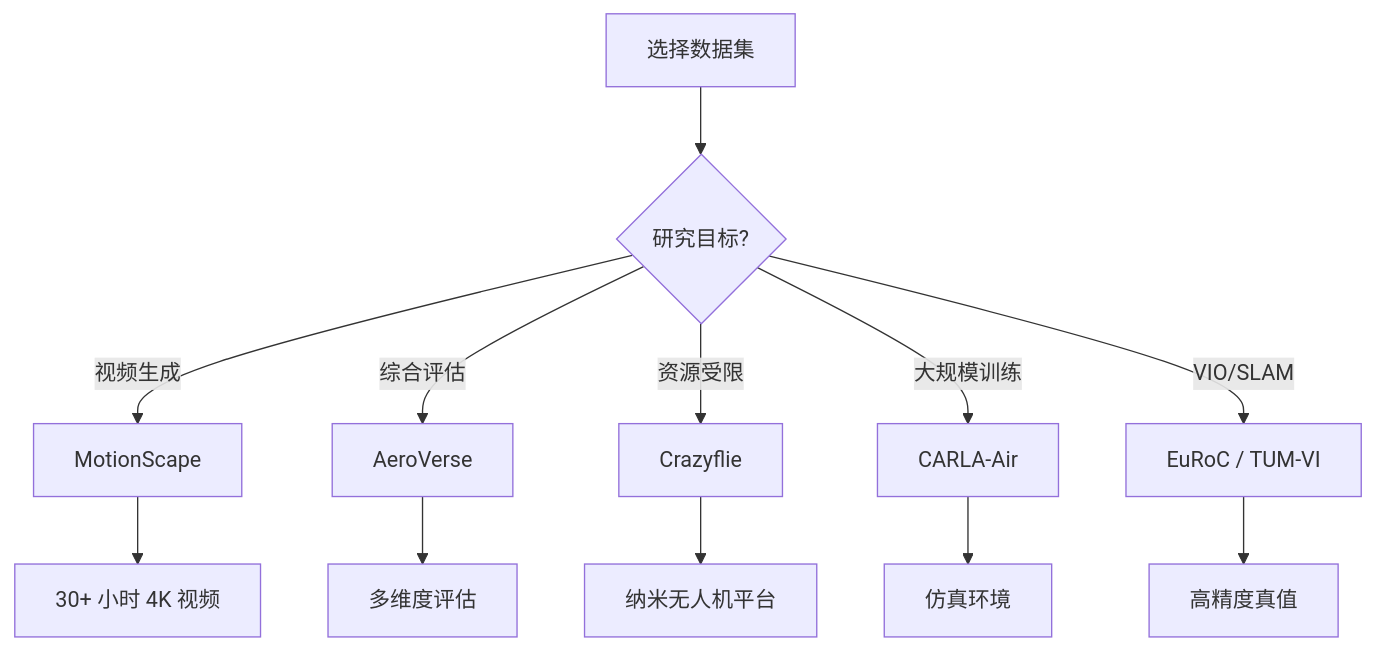
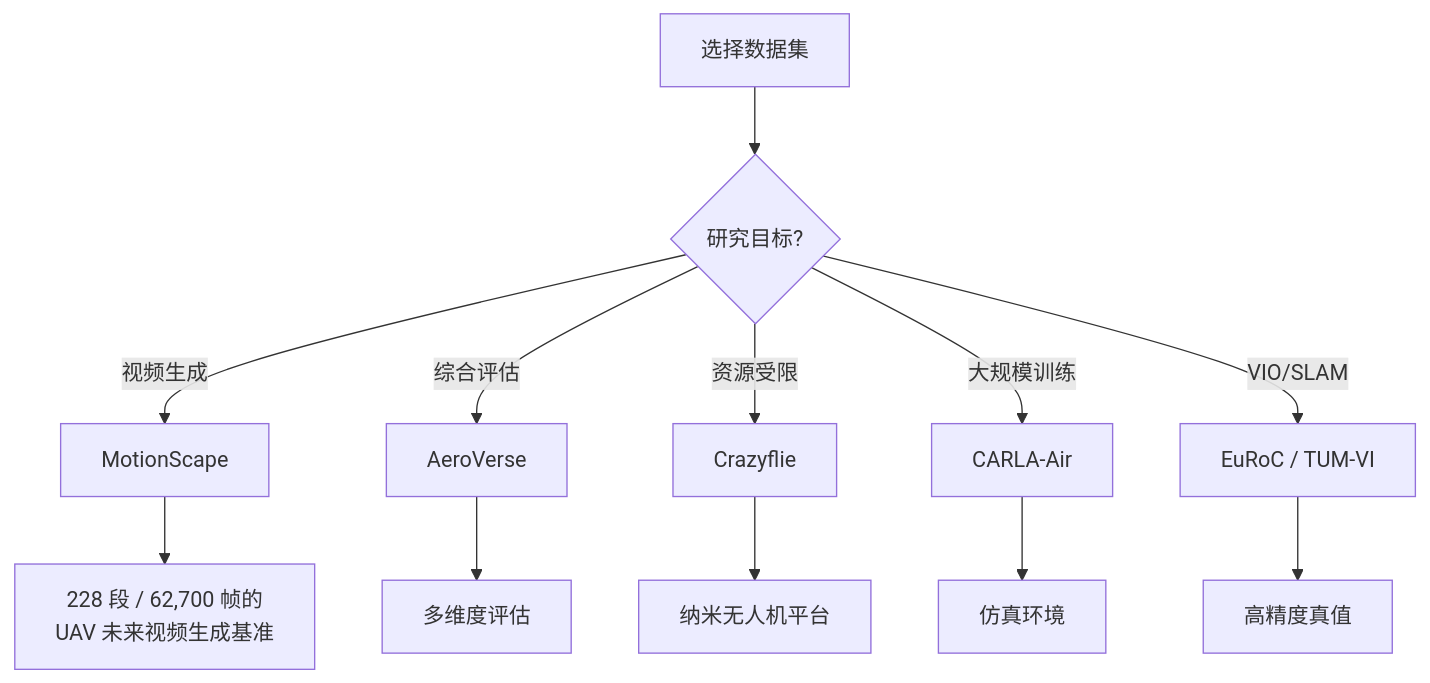
One commit to Qxy661/UAV-WM-VLA-Learning changed the sixth of 7 diagrams in docs/02-世界模型专题/06-关键数据集与基准.md. Above: the diagram before and after it, drawn with Mermaid. The commit also changed other lines of this file and 53 other files, not shown here.

````diff
--- a/docs/02-世界模型专题/06-关键数据集与基准.md
+++ b/docs/02-世界模型专题/06-关键数据集与基准.md
@@ -328,16 +312,16 @@
 ```mermaid
 graph TB
     A[选择数据集] --> B{研究目标?}
 
     B -->|视频生成| C[MotionScape]
     B -->|综合评估| D[AeroVerse]
     B -->|资源受限| E[Crazyflie]
     B -->|大规模训练| F[CARLA-Air]
     B -->|VIO/SLAM| G[EuRoC / TUM-VI]
 
-    C --> H[30+ 小时 4K 视频]
+    C --> H[228 段 / 62,700 帧的<br/>UAV 未来视频生成基准]
     D --> I[多维度评估]
     E --> J[纳米无人机平台]
     F --> K[仿真环境]
     G --> L[高精度真值]
 ```
````
